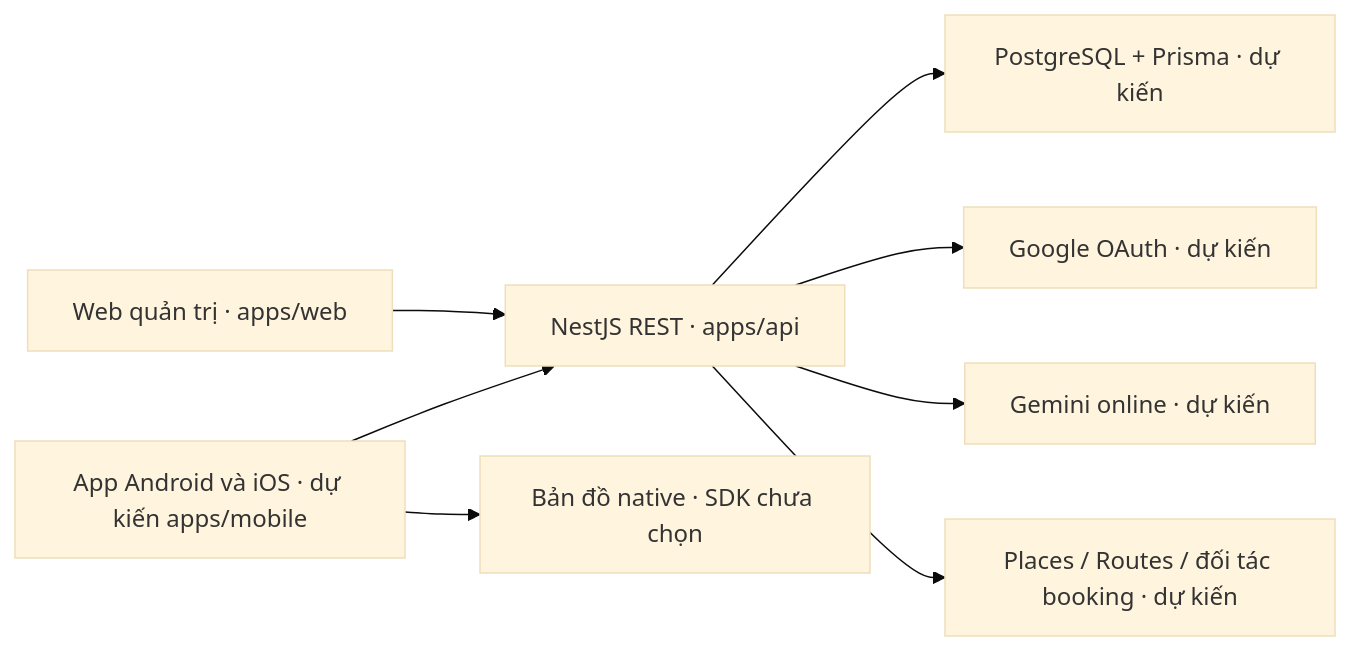
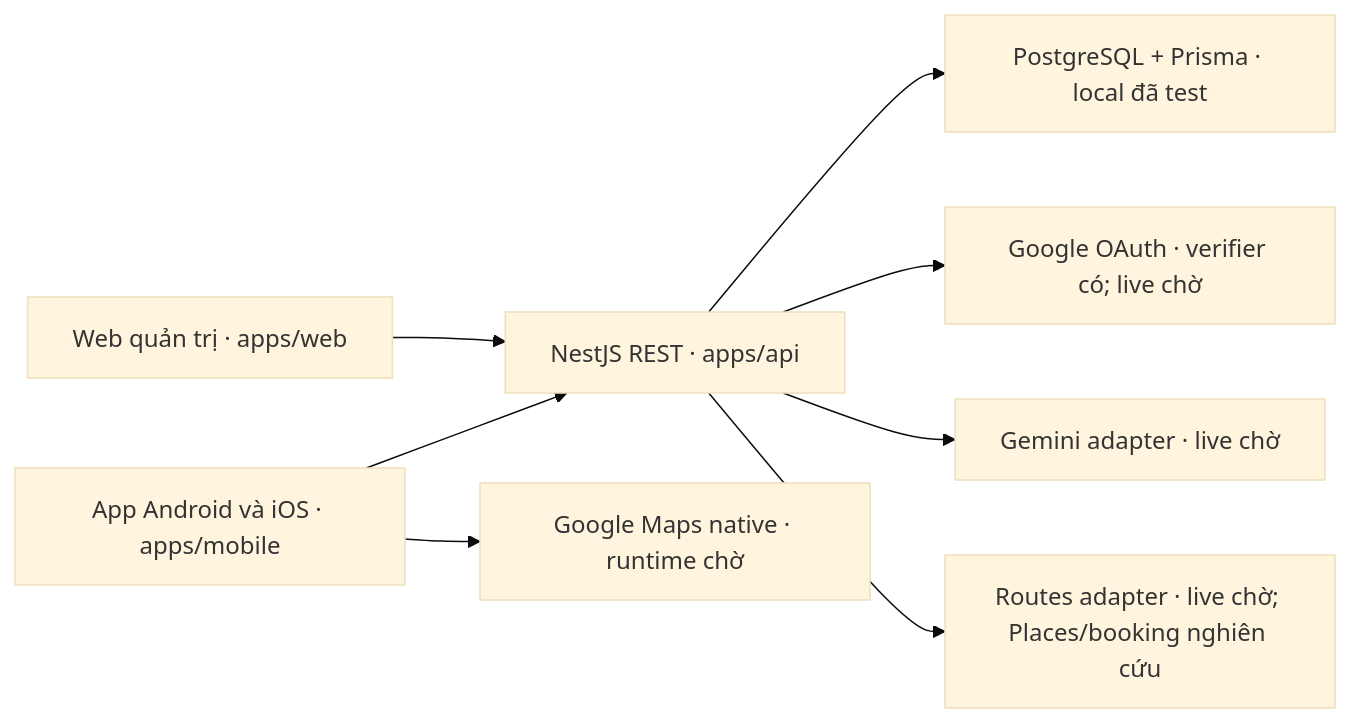
One commit to nyanduong/go-ease-webapp changed the diagram in docs/ARCHITECTURE.md. Above: the diagram before and after it, drawn with Mermaid (base theme). The commit also changed other lines of this file and 7 other files, not shown here.

Commit message:
docs(maps): record integrated gates and Android native build

````diff
--- a/docs/ARCHITECTURE.md
+++ b/docs/ARCHITECTURE.md
@@ -19,10 +21,10 @@
 ```mermaid
 flowchart LR
-    Mobile["App Android và iOS · dự kiến apps/mobile"] --> API["NestJS REST · apps/api"]
+    Mobile["App Android và iOS · apps/mobile"] --> API["NestJS REST · apps/api"]
     Admin["Web quản trị · apps/web"] --> API
-    API --> DB["PostgreSQL + Prisma · dự kiến"]
-    API --> OAuth["Google OAuth · dự kiến"]
-    API --> AI["Gemini online · dự kiến"]
-    API --> Services["Places / Routes / đối tác booking · dự kiến"]
-    Mobile --> Maps["Bản đồ native · SDK chưa chọn"]
+    API --> DB["PostgreSQL + Prisma · local đã test"]
+    API --> OAuth["Google OAuth · verifier có; live chờ"]
+    API --> AI["Gemini adapter · live chờ"]
+    API --> Services["Routes adapter · live chờ; Places/booking nghiên cứu"]
+    Mobile --> Maps["Google Maps native · runtime chờ"]
 ```
````
